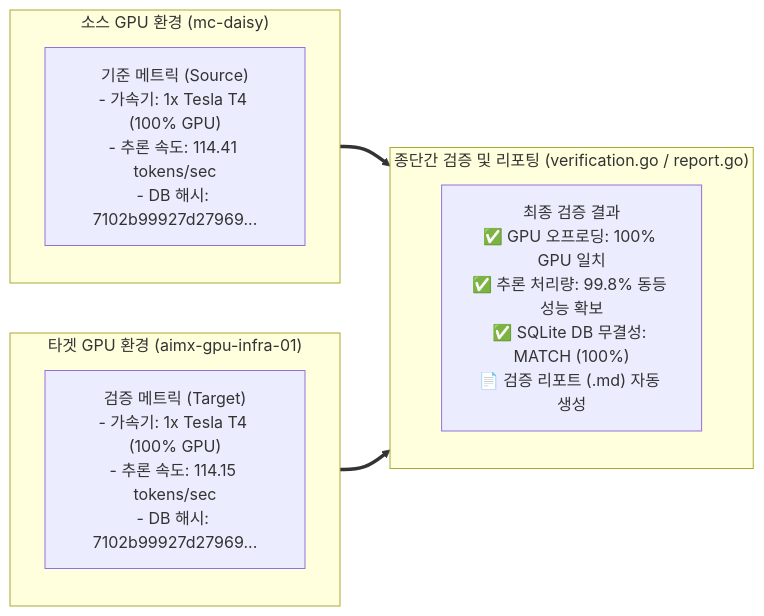
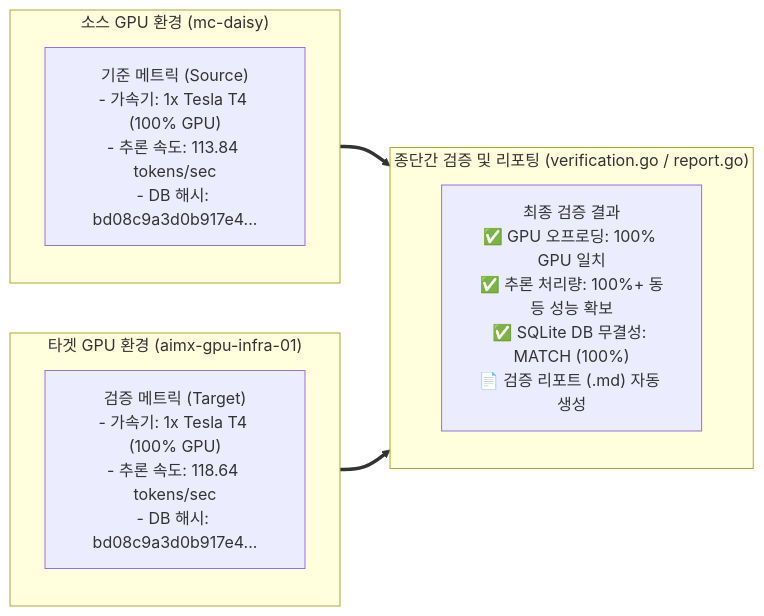
One commit to cloud-barista/cm-beetle changed the fifth of 9 diagrams in docs/poc/ai-service-migration-design.md. Above: the diagram before and after it, drawn with Mermaid. The commit also changed other lines of this file and 1 other file, not shown here.

````diff
--- a/docs/poc/ai-service-migration-design.md
+++ b/docs/poc/ai-service-migration-design.md
@@ -152,17 +186,17 @@
 ```mermaid
 flowchart LR
     subgraph Src["소스 GPU 환경 (mc-daisy)"]
-        S_Metric["기준 메트릭 (Source)\n- 가속기: 1x Tesla T4 (100% GPU)\n- 추론 속도: 114.41 tokens/sec\n- DB 해시: 7102b99927d27969..."]
+        S_Metric["기준 메트릭 (Source)\n- 가속기: 1x Tesla T4 (100% GPU)\n- 추론 속도: 113.84 tokens/sec\n- DB 해시: bd08c9a3d0b917e4..."]
     end
 
     subgraph Tgt["타겟 GPU 환경 (aimx-gpu-infra-01)"]
-        T_Metric["검증 메트릭 (Target)\n- 가속기: 1x Tesla T4 (100% GPU)\n- 추론 속도: 114.15 tokens/sec\n- DB 해시: 7102b99927d27969..."]
+        T_Metric["검증 메트릭 (Target)\n- 가속기: 1x Tesla T4 (100% GPU)\n- 추론 속도: 118.64 tokens/sec\n- DB 해시: bd08c9a3d0b917e4..."]
     end
 
     subgraph Report["종단간 검증 및 리포팅 (verification.go / report.go)"]
-        R_Out["최종 검증 결과\n✅ GPU 오프로딩: 100% GPU 일치\n✅ 추론 처리량: 99.8% 동등 성능 확보\n✅ SQLite DB 무결성: MATCH (100%)\n📄 검증 리포트 (.md) 자동 생성"]
+        R_Out["최종 검증 결과\n✅ GPU 오프로딩: 100% GPU 일치\n✅ 추론 처리량: 100%+ 동등 성능 확보\n✅ SQLite DB 무결성: MATCH (100%)\n📄 검증 리포트 (.md) 자동 생성"]
     end
 
     Src ==> Report
     Tgt ==> Report
 ```
````
